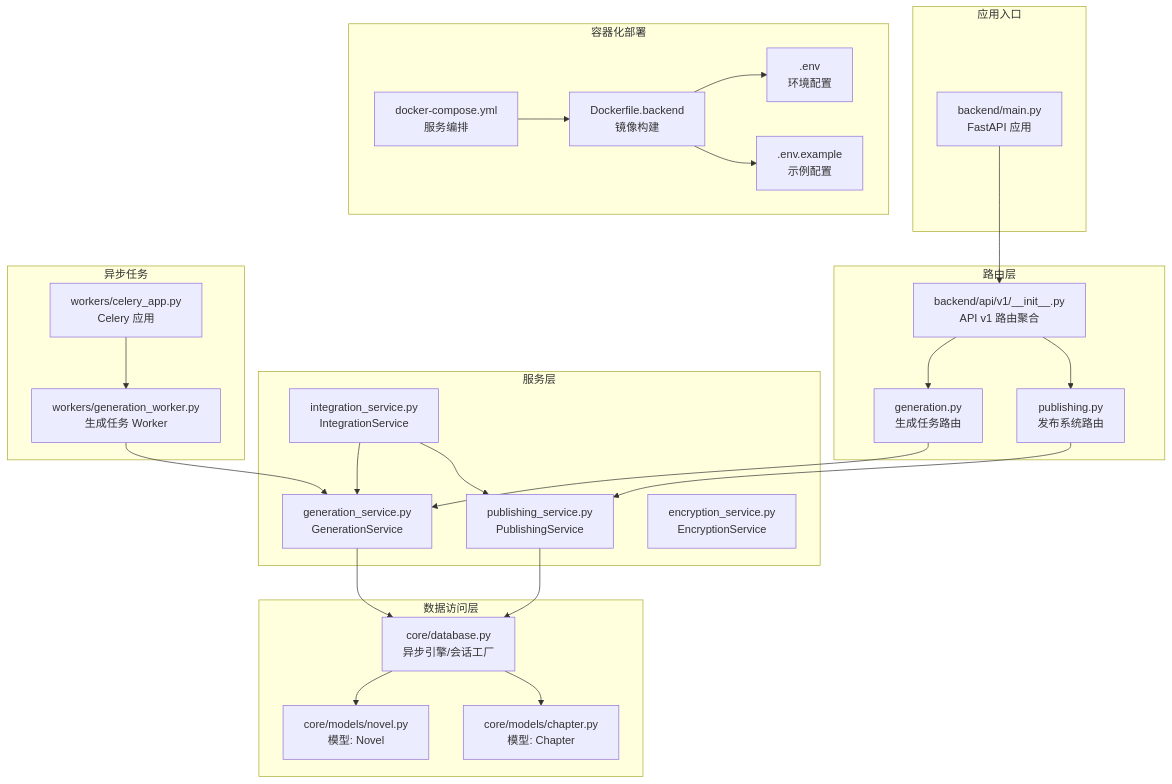
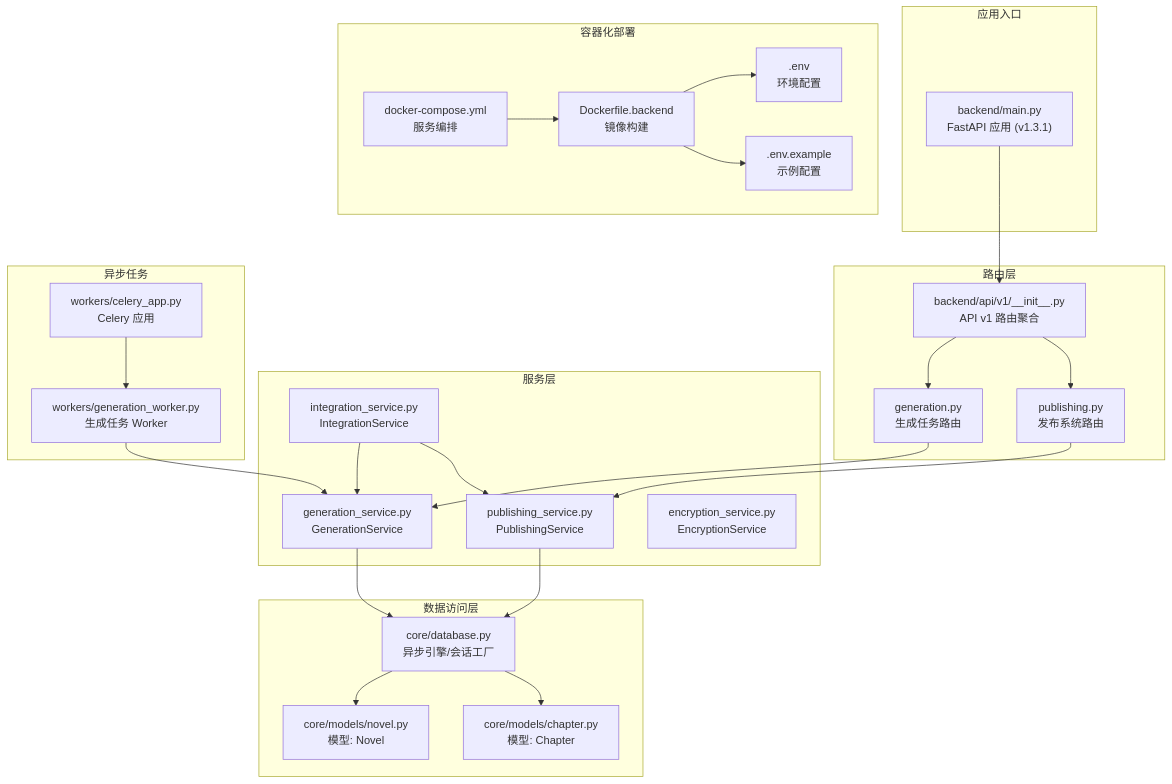
Before and after one commit to xfbyxq/ai-novel-system: the first of 10 diagrams in .qoder/repowiki/zh/content/后端架构/后端架构.md, drawn with Mermaid. The commit also changed other lines of this file and 14 other files, not shown here.

````diff
--- a/.qoder/repowiki/zh/content/后端架构/后端架构.md
+++ b/.qoder/repowiki/zh/content/后端架构/后端架构.md
@@ -57,48 +57,48 @@
 ```mermaid
 graph TB
 subgraph "应用入口"
-M["backend/main.py<br/>FastAPI 应用"]
+M["backend/main.py<br/>FastAPI 应用 (v1.3.1)"]
 end
 subgraph "路由层"
 R["backend/api/v1/__init__.py<br/>API v1 路由聚合"]
 G["generation.py<br/>生成任务路由"]
 P["publishing.py<br/>发布系统路由"]
 end
 subgraph "服务层"
 SGen["generation_service.py<br/>GenerationService"]
 SPub["publishing_service.py<br/>PublishingService"]
 SInt["integration_service.py<br/>IntegrationService"]
 SEnc["encryption_service.py<br/>EncryptionService"]
 end
 subgraph "数据访问层"
 DB["core/database.py<br/>异步引擎/会话工厂"]
 MDN["core/models/novel.py<br/>模型: Novel"]
 MDC["core/models/chapter.py<br/>模型: Chapter"]
 end
 subgraph "异步任务"
 CA["workers/celery_app.py<br/>Celery 应用"]
 CW["workers/generation_worker.py<br/>生成任务 Worker"]
 end
 subgraph "容器化部署"
 DC["docker-compose.yml<br/>服务编排"]
 DF["Dockerfile.backend<br/>镜像构建"]
 ENV[".env<br/>环境配置"]
 ENVS[".env.example<br/>示例配置"]
 end
 M --> R
 R --> G
 R --> P
 G --> SGen
 P --> SPub
 SInt --> SGen
 SInt --> SPub
 SGen --> DB
 SPub --> DB
 DB --> MDN
 DB --> MDC
 CA --> CW
 CW --> SGen
 DC --> DF
 DF --> ENV
 DF --> ENVS
 ```
````
